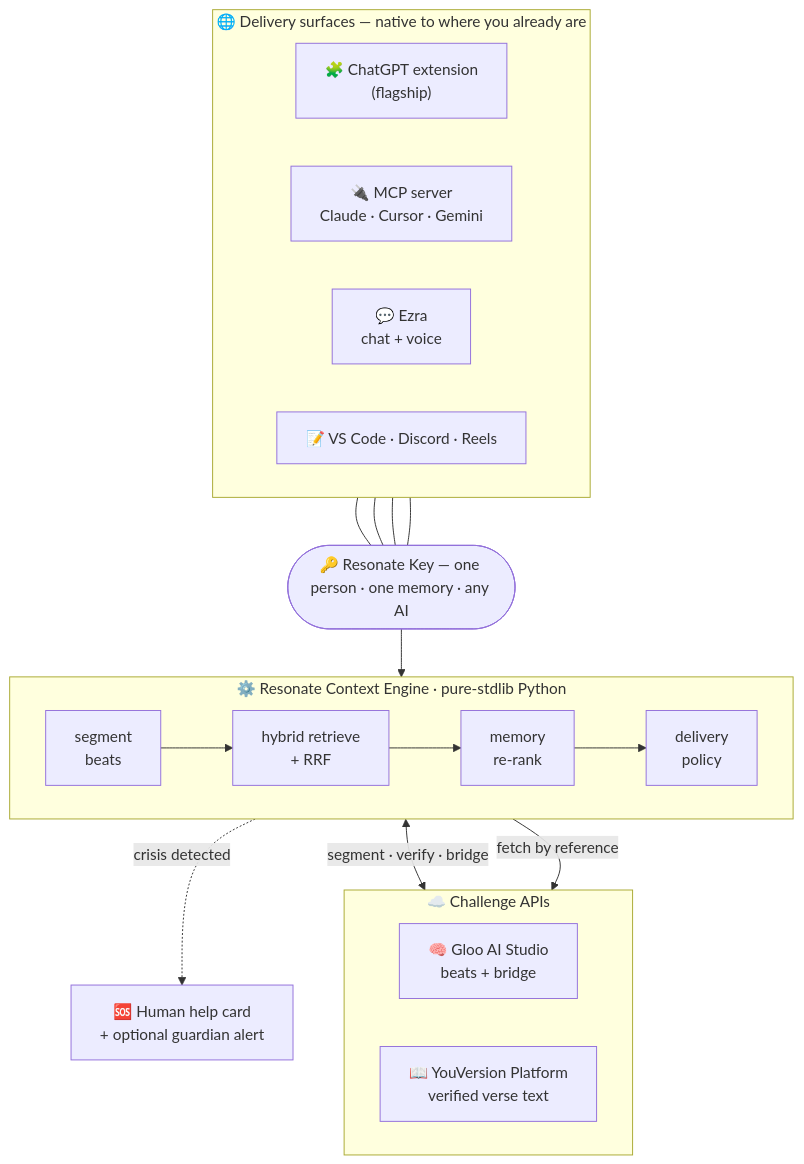
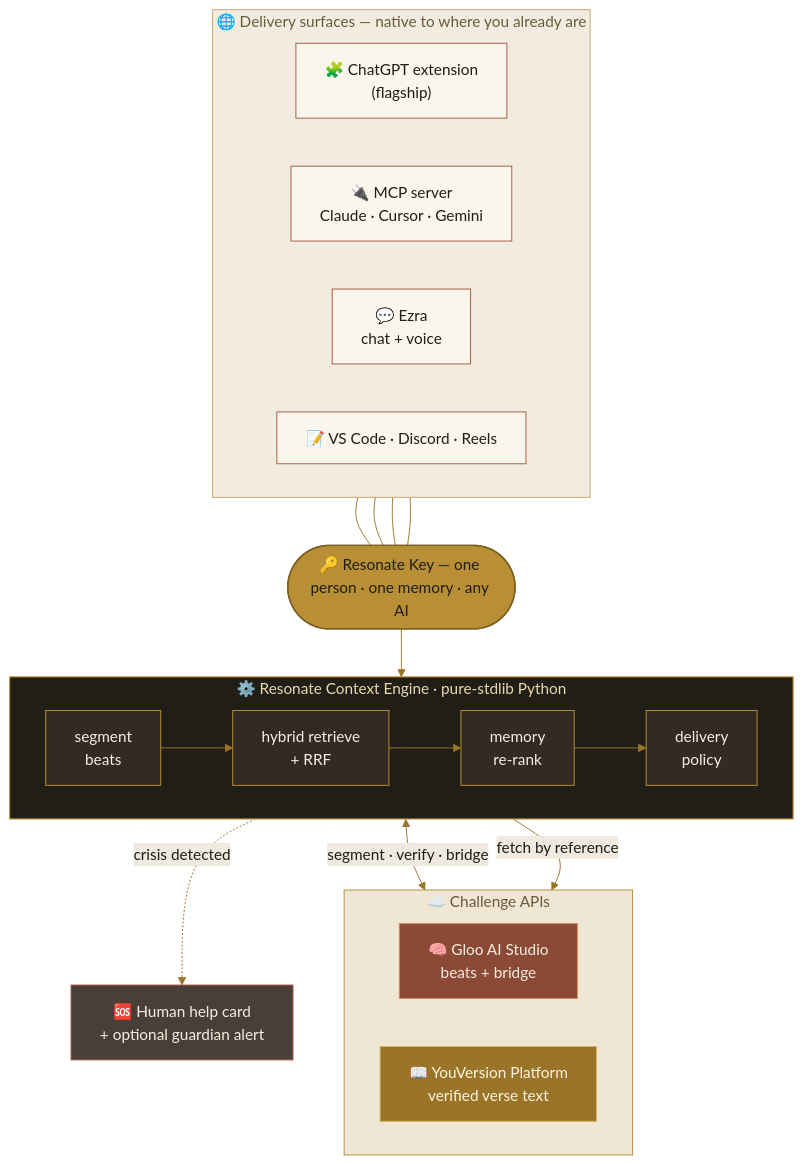
One commit to krizz711/resonate changed the first of 3 diagrams in README.md. Above: the diagram before and after it, drawn with Mermaid. The commit also changed other lines of this file, not shown here.

Commit message:
README: premium palette for all three Mermaid diagrams
Replace GitHub's default yellow/blue/white theme with the Resonate palette —
warm parchment clusters, clay + gold accents, a dark ink 'engine core' for
contrast, bronze edges. Applied via init themeVariables + classDef across the
architecture, pipeline and sequence diagrams; all three validated against
mermaid v11 (GitHub's renderer).

````diff
--- a/README.md
+++ b/README.md
@@ -80,32 +80,49 @@
 ```mermaid
+%%{init: {'theme':'base','themeVariables':{'fontFamily':'Georgia, serif','lineColor':'#9a7529','primaryColor':'#faf6ec','primaryTextColor':'#211d17','primaryBorderColor':'#a65b43','edgeLabelBackground':'#efe9df'}}}%%
 flowchart TB
     subgraph S["🌐 Delivery surfaces — native to where you already are"]
         direction LR
         EXT["🧩 ChatGPT extension<br/>(flagship)"]
         MCP["🔌 MCP server<br/>Claude · Cursor · Gemini"]
         EZRA["💬 Ezra<br/>chat + voice"]
         MORE["📝 VS Code · Discord · Reels"]
     end
 
     KEY(["🔑 Resonate Key — one person · one memory · any AI"])
 
     subgraph E["⚙️ Resonate Context Engine · pure-stdlib Python"]
         direction LR
         SEG["segment<br/>beats"] --> RET["hybrid retrieve<br/>+ RRF"] --> MEM["memory<br/>re-rank"] --> POL["delivery<br/>policy"]
     end
 
     subgraph A["☁️ Challenge APIs"]
         direction LR
         GLOO["🧠 Gloo AI Studio<br/>beats + bridge"]
         YV["📖 YouVersion Platform<br/>verified verse text"]
     end
 
     EXT --- KEY
     MCP --- KEY
     EZRA --- KEY
     MORE --- KEY
     KEY --> E
     E <-->|"segment · verify · bridge"| GLOO
     E -->|"fetch by reference"| YV
     E -.->|"crisis detected"| HELP["🆘 Human help card<br/>+ optional guardian alert"]
+
+    classDef surface fill:#faf6ec,stroke:#a65b43,stroke-width:1px,color:#211d17;
+    classDef key fill:#b98f35,stroke:#7d5f1e,stroke-width:1.5px,color:#211d17;
+    classDef engine fill:#332a22,stroke:#b98f35,stroke-width:1px,color:#f4efe3;
+    classDef gloo fill:#8a4a35,stroke:#c98b5f,stroke-width:1px,color:#f7ece2;
+    classDef yv fill:#9a7529,stroke:#d8b45f,stroke-width:1px,color:#fbf3df;
+    classDef help fill:#4a3f36,stroke:#a65b43,stroke-width:1px,color:#f4efe3;
+    class EXT,MCP,EZRA,MORE surface;
+    class KEY key;
+    class SEG,RET,MEM,POL engine;
+    class GLOO gloo;
+    class YV yv;
+    class HELP help;
+    style S fill:#f2ece0,stroke:#c9a56f,stroke-width:1px,color:#6b5a3a;
+    style E fill:#211d17,stroke:#b98f35,stroke-width:1.2px,color:#e9d9ae;
+    style A fill:#efe6d4,stroke:#b98f35,stroke-width:1px,color:#6b5a3a;
 ```
````
